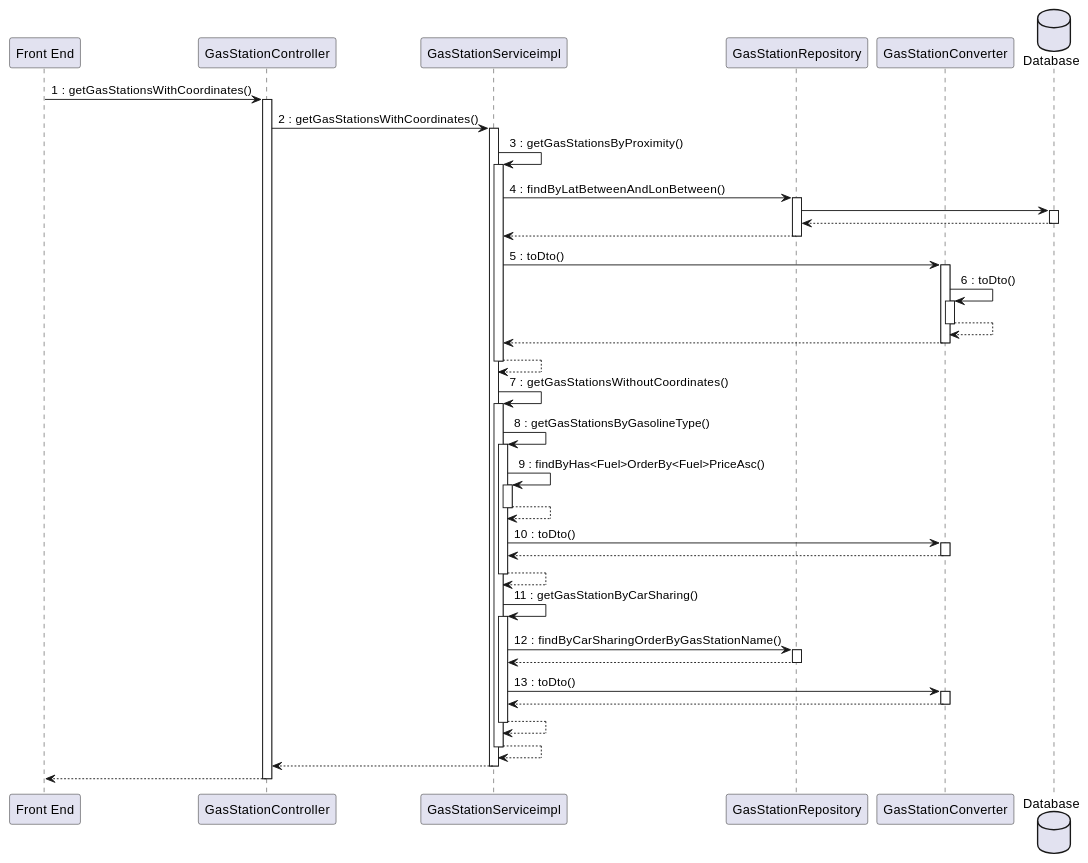
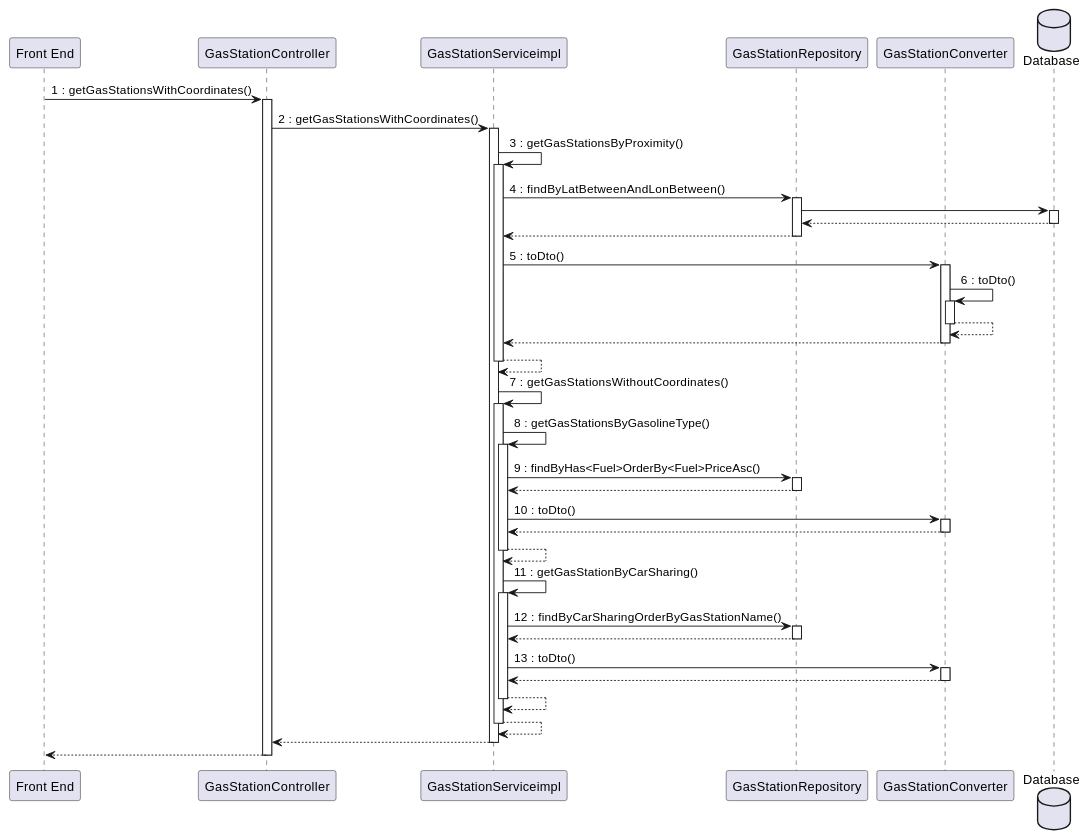
Before and after one commit to mosTavassoli/ezgas: diagram 12 of 15 in docs/DesignDocument.md, drawn with PlantUML. The commit also changed other lines of this file, not shown here.

Commit message:
docs(DesignDocument): fix sequence diagram and traceability matrix

````diff
--- a/docs/DesignDocument.md
+++ b/docs/DesignDocument.md
@@ -840,49 +840,49 @@
 ```plantuml
 database Database order 30
 "Front End" -> GasStationController:1 : getGasStationsWithCoordinates()
 activate GasStationController
 GasStationController -> GasStationServiceimpl:2 : getGasStationsWithCoordinates()
 activate GasStationServiceimpl
 
 GasStationServiceimpl -> GasStationServiceimpl: 3 : getGasStationsByProximity()
 activate GasStationServiceimpl
 GasStationServiceimpl -> GasStationRepository: 4 : findByLatBetweenAndLonBetween()
 activate GasStationRepository
 GasStationRepository -> Database
 activate Database
 return
 return
 GasStationServiceimpl -> GasStationConverter: 5 : toDto()
 activate GasStationConverter
 GasStationConverter -> GasStationConverter: 6 : toDto()
 activate GasStationConverter
 return
 return
 return
 
 GasStationServiceimpl -> GasStationServiceimpl: 7 : getGasStationsWithoutCoordinates()
 activate GasStationServiceimpl
 GasStationServiceimpl -> GasStationServiceimpl: 8 : getGasStationsByGasolineType()
 activate GasStationServiceimpl
-GasStationServiceimpl ->GasStationServiceimpl: 9 : findByHas<Fuel>OrderBy<Fuel>PriceAsc()
-activate GasStationServiceimpl
+GasStationServiceimpl ->GasStationRepository: 9 : findByHas<Fuel>OrderBy<Fuel>PriceAsc()
+activate GasStationRepository
 return
 GasStationServiceimpl -> GasStationConverter: 10 : toDto()
 activate GasStationConverter
 
 return
 
 return
 GasStationServiceimpl -> GasStationServiceimpl: 11 : getGasStationByCarSharing()
 activate GasStationServiceimpl
 GasStationServiceimpl -> GasStationRepository: 12 : findByCarSharingOrderByGasStationName()
 activate GasStationRepository
 return
 GasStationServiceimpl -> GasStationConverter: 13 : toDto()
 activate GasStationConverter
 return
 return
 return
 return
 return
 ```
````
